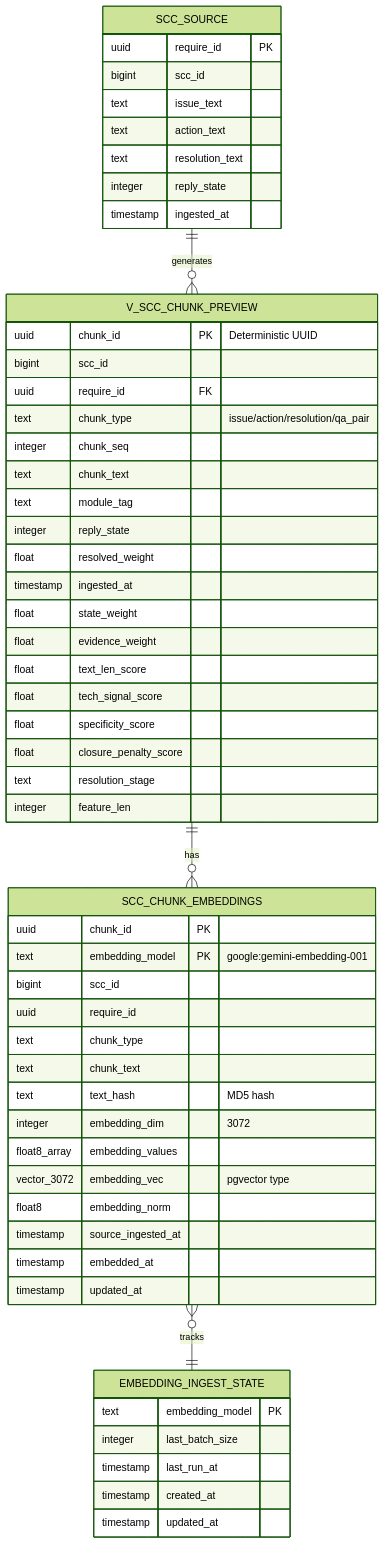
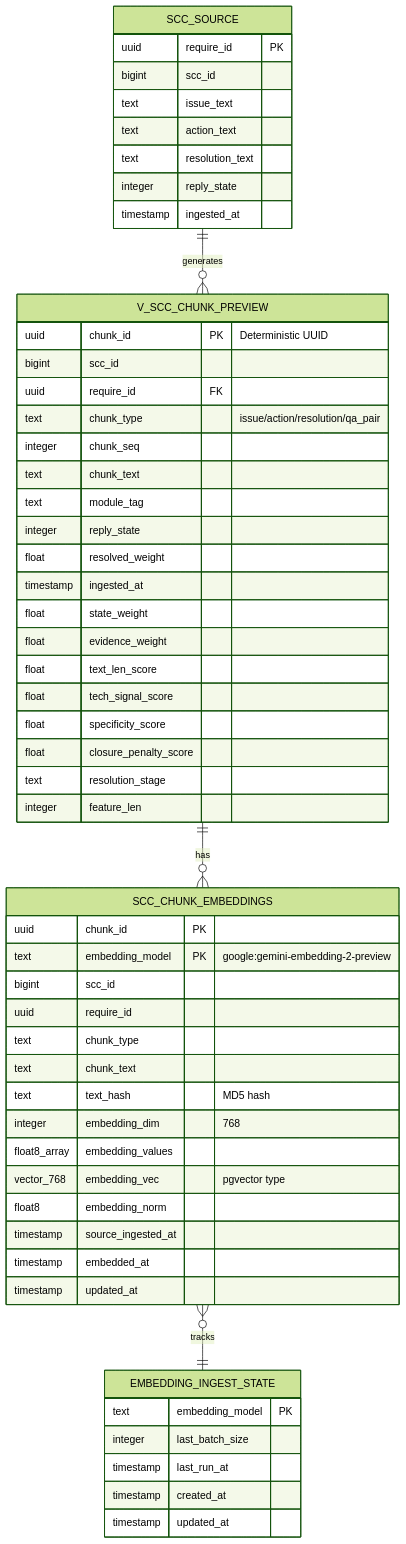
One commit to jdhert/CS-ChatBot changed the first of 2 diagrams in docs/DATABASE.md. Above: the diagram before and after it, drawn with Mermaid (forest theme). The commit also changed other lines of this file, not shown here.

````diff
--- a/docs/DATABASE.md
+++ b/docs/DATABASE.md
@@ -36,62 +36,62 @@
 ```mermaid
 erDiagram
     SCC_SOURCE ||--o{ V_SCC_CHUNK_PREVIEW : "generates"
     V_SCC_CHUNK_PREVIEW ||--o{ SCC_CHUNK_EMBEDDINGS : "has"
     SCC_CHUNK_EMBEDDINGS }o--|| EMBEDDING_INGEST_STATE : "tracks"
 
     SCC_SOURCE {
         uuid require_id PK
         bigint scc_id
         text issue_text
         text action_text
         text resolution_text
         integer reply_state
         timestamp ingested_at
     }
 
     V_SCC_CHUNK_PREVIEW {
         uuid chunk_id PK "Deterministic UUID"
         bigint scc_id
         uuid require_id FK
         text chunk_type "issue/action/resolution/qa_pair"
         integer chunk_seq
         text chunk_text
         text module_tag
         integer reply_state
         float resolved_weight
         timestamp ingested_at
         float state_weight
         float evidence_weight
         float text_len_score
         float tech_signal_score
         float specificity_score
         float closure_penalty_score
         text resolution_stage
         integer feature_len
     }
 
     SCC_CHUNK_EMBEDDINGS {
         uuid chunk_id PK
-        text embedding_model PK "google:gemini-embedding-001"
+        text embedding_model PK "google:gemini-embedding-2-preview"
         bigint scc_id
         uuid require_id
         text chunk_type
         text chunk_text
         text text_hash "MD5 hash"
-        integer embedding_dim "3072"
+        integer embedding_dim "768"
         float8_array embedding_values
-        vector_3072 embedding_vec "pgvector type"
+        vector_768 embedding_vec "pgvector type"
         float8 embedding_norm
         timestamp source_ingested_at
         timestamp embedded_at
         timestamp updated_at
     }
 
     EMBEDDING_INGEST_STATE {
         text embedding_model PK
         integer last_batch_size
         timestamp last_run_at
         timestamp created_at
         timestamp updated_at
     }
 ```
````
